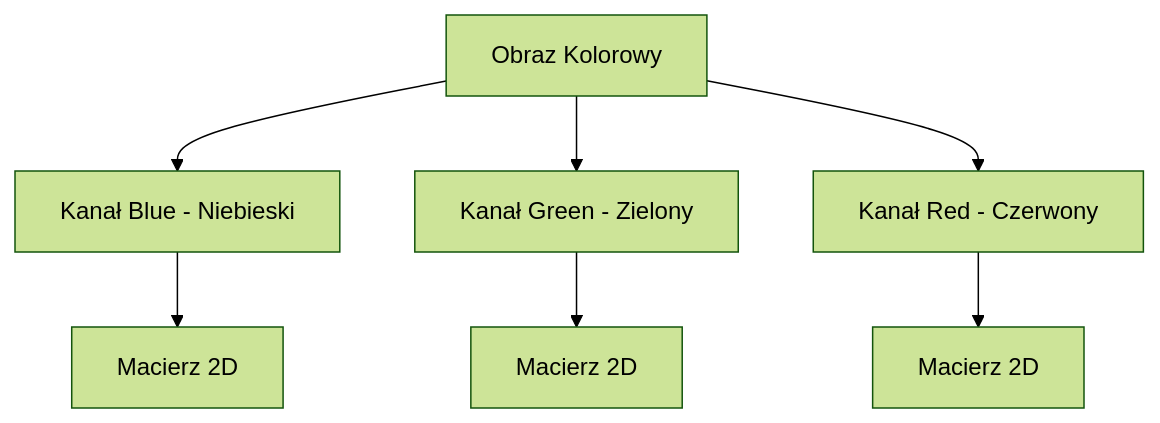
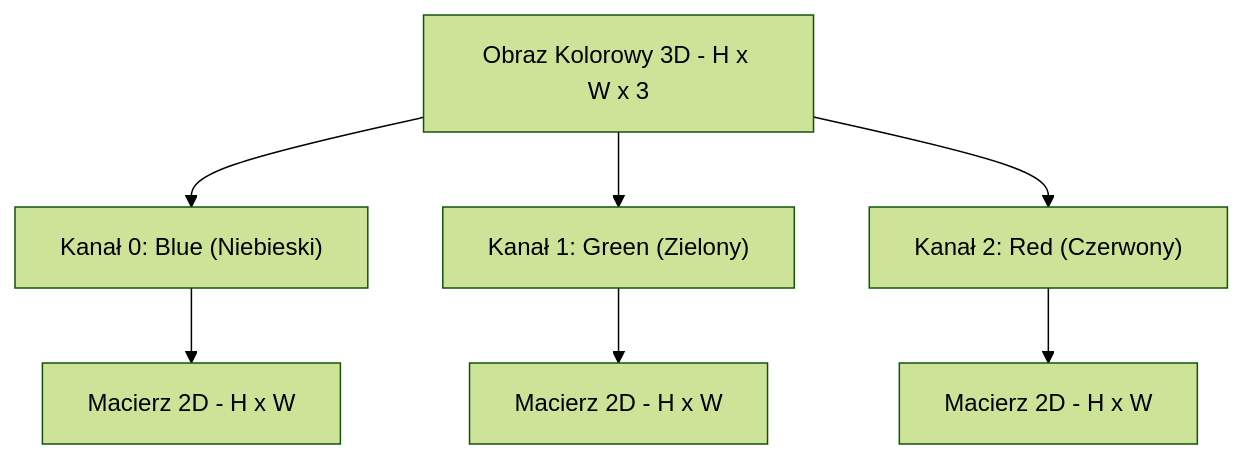
Before and after one commit to zacniewski/digital-image-processing-exercises: the second of 4 diagrams in lectures/01_introduction.md, drawn with Mermaid (forest theme). The commit also changed other lines of this file and 6 other files, not shown here.

````diff
--- a/lectures/01_introduction.md
+++ b/lectures/01_introduction.md
@@ -33,9 +59,9 @@
 ```mermaid
 graph TD
-    A[Obraz Kolorowy] --> B[Kanał Blue - Niebieski]
-    A --> C[Kanał Green - Zielony]
-    A --> D[Kanał Red - Czerwony]
-    B --> E[Macierz 2D]
-    C --> F[Macierz 2D]
-    D --> G[Macierz 2D]
+    A[Obraz Kolorowy 3D - H x W x 3] --> B["Kanał 0: Blue (Niebieski)"]
+    A --> C["Kanał 1: Green (Zielony)"]
+    A --> D["Kanał 2: Red (Czerwony)"]
+    B --> E[Macierz 2D - H x W]
+    C --> F[Macierz 2D - H x W]
+    D --> G[Macierz 2D - H x W]
 ```
````
